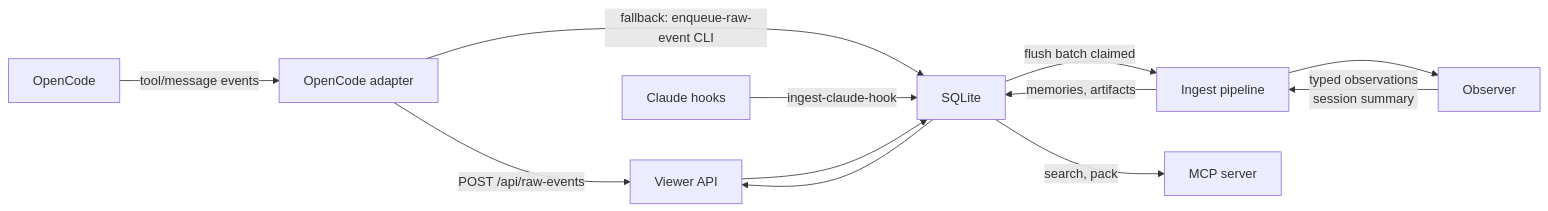
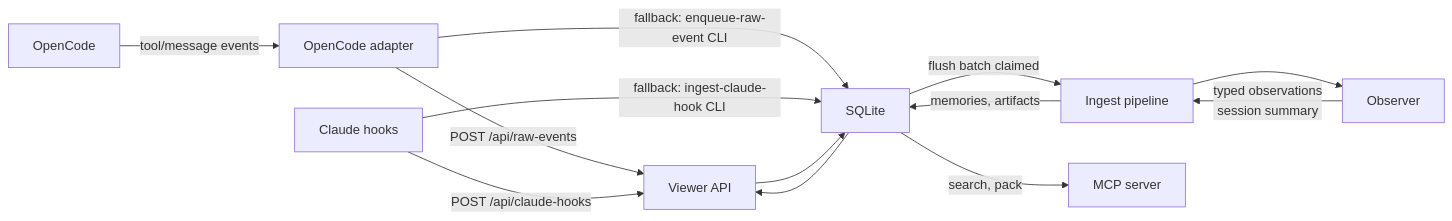
Before and after one commit to kunickiaj/codemem: the first of 4 diagrams in docs/architecture.md, drawn with Mermaid. The commit also changed other lines of this file and 8 other files, not shown here.

Commit message:
refactor(claude-hooks): route hook ingest through local HTTP enqueue

````diff
--- a/docs/architecture.md
+++ b/docs/architecture.md
@@ -19,14 +19,15 @@
 ```mermaid
 flowchart LR
     OC["OpenCode"] -->|tool/message events| OCA["OpenCode adapter"]
     OCA -->|POST /api/raw-events| VW["Viewer API"]
     OCA -->|fallback: enqueue-raw-event CLI| DB
-    CH["Claude hooks"] -->|ingest-claude-hook| DB
+    CH["Claude hooks"] -->|POST /api/claude-hooks| VW
+    CH -->|fallback: ingest-claude-hook CLI| DB
     VW --> DB["SQLite"]
     DB -->|flush batch claimed| IN["Ingest pipeline"]
     IN --> OB["Observer"]
     OB -->|typed observations\nsession summary| IN
     IN -->|memories, artifacts| DB
     DB -->|search, pack| MCP["MCP server"]
     DB --> VW
 ```
````
